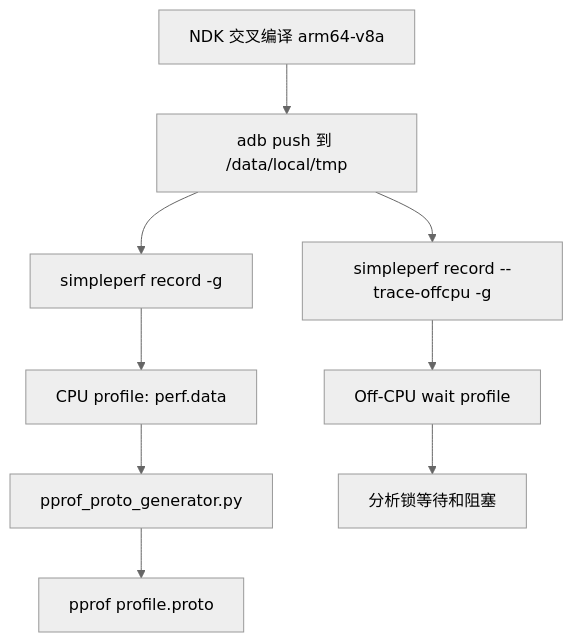
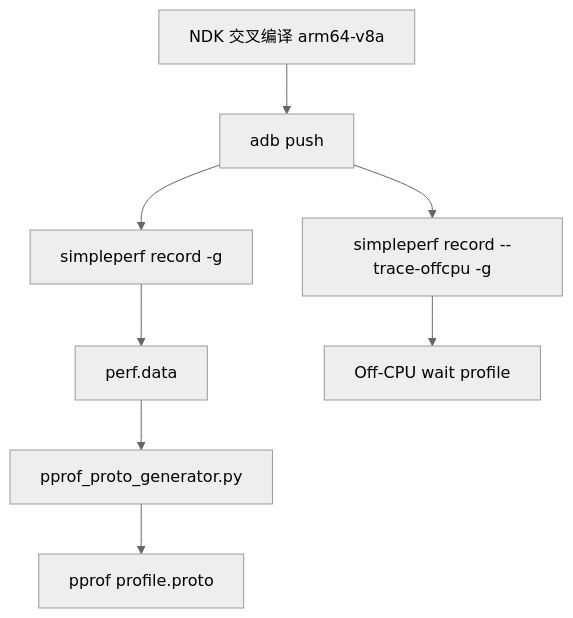
One commit to utsusemioxo/pprof_samples changed the second of 2 diagrams in docs/gperftools_pprof_guide.md. Above: the diagram before and after it, drawn with Mermaid (neutral theme). The commit also changed other lines of this file, not shown here.

````diff
--- a/docs/gperftools_pprof_guide.md
+++ b/docs/gperftools_pprof_guide.md
@@ -400,11 +67,10 @@
 ```mermaid
 flowchart TD
-    A[NDK 交叉编译 arm64-v8a] --> B[adb push 到 /data/local/tmp]
+    A[NDK 交叉编译 arm64-v8a] --> B[adb push]
     B --> C[simpleperf record -g]
-    C --> D[CPU profile: perf.data]
+    C --> D[perf.data]
     B --> E[simpleperf record --trace-offcpu -g]
     E --> F[Off-CPU wait profile]
     D --> G[pprof_proto_generator.py]
     G --> H[pprof profile.proto]
-    F --> I[分析锁等待和阻塞]
 ```
````
